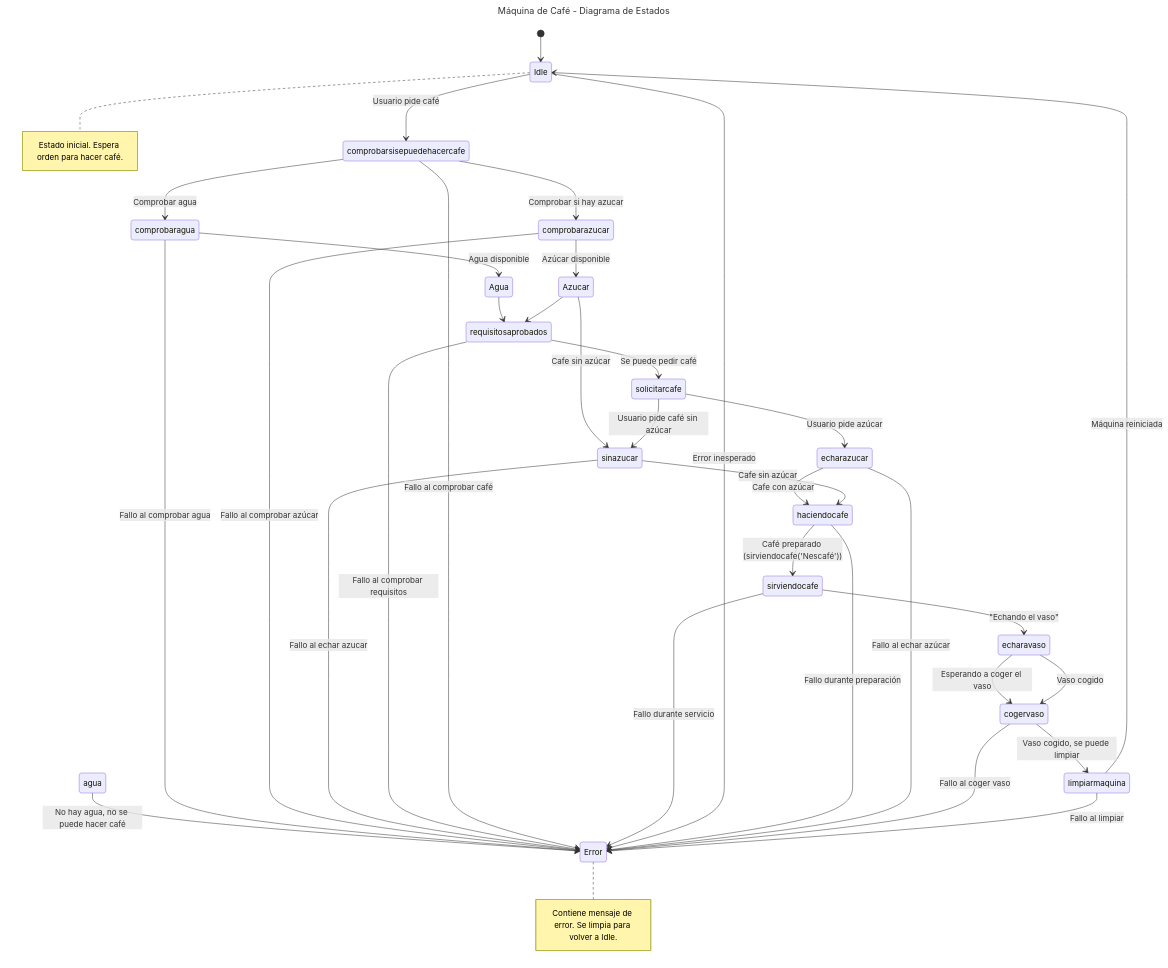
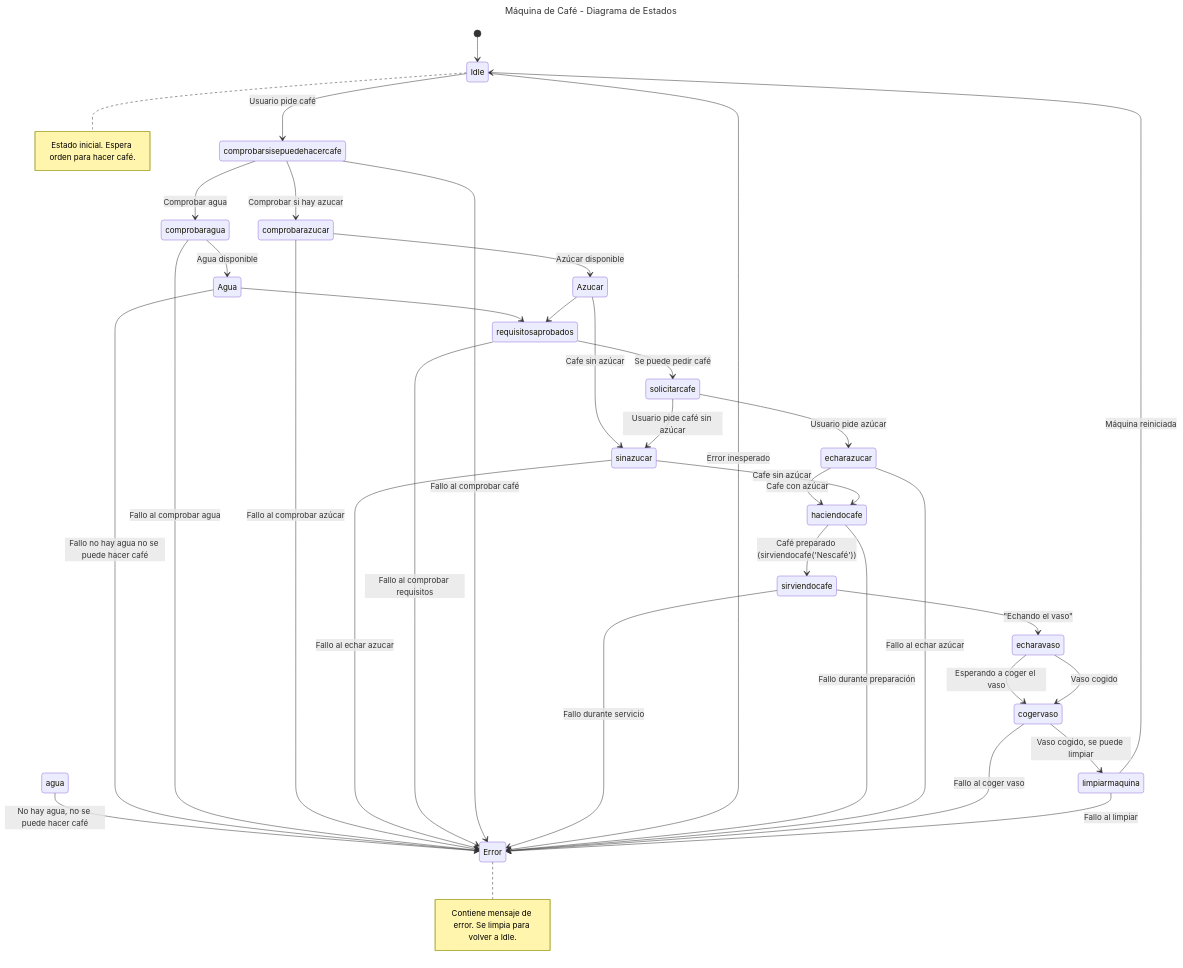
Before and after one commit to shermidagre/PMDM: the diagram in 1trabajo/src/diagrama.mmd, drawn with Mermaid.

Commit message:
random para probar

```diff
--- a/1trabajo/src/diagrama.mmd
+++ b/1trabajo/src/diagrama.mmd
@@ -1,44 +1,45 @@
 ---
 title: Máquina de Café - Diagrama de Estados
 ---
 stateDiagram-v2
 [*] --> Idle
 Idle --> comprobarsisepuedehacercafe: Usuario pide café
 
 comprobarsisepuedehacercafe --> comprobaragua: Comprobar agua
 agua --> Error : No hay agua, no se puede hacer café
 comprobaragua --> Agua: Agua disponible
 Agua --> requisitosaprobados
+Agua --> Error : Fallo no hay agua no se puede hacer café
 comprobaragua --> Error: Fallo al comprobar agua
 
 comprobarsisepuedehacercafe --> comprobarazucar : Comprobar si hay azucar
 comprobarazucar --> Azucar: Azúcar disponible
 comprobarazucar --> Error : Fallo al comprobar azúcar
 Azucar --> requisitosaprobados
 
 Azucar --> sinazucar: Cafe sin azúcar
 sinazucar --> Error : Fallo al echar azucar
 
 requisitosaprobados --> solicitarcafe: Se puede pedir café
 requisitosaprobados --> Error: Fallo al comprobar requisitos
 
 comprobarsisepuedehacercafe --> Error: Fallo al comprobar café
 solicitarcafe --> echarazucar: Usuario pide azúcar
 solicitarcafe --> sinazucar: Usuario pide café sin azúcar
 echarazucar --> haciendocafe: Cafe con azúcar
 sinazucar --> haciendocafe: Cafe sin azúcar
 
 haciendocafe --> sirviendocafe: Café preparado (sirviendocafe('Nescafé'))
 sirviendocafe --> Error: Fallo durante servicio
 Idle --> Error: Error inesperado
 haciendocafe --> Error: Fallo durante preparación
 echarazucar --> Error: Fallo al echar azúcar
 sirviendocafe --> echaravaso: "Echando el vaso"
 echaravaso --> cogervaso: Esperando a coger el vaso
 cogervaso --> Error: Fallo al coger vaso
 echaravaso --> cogervaso: Vaso cogido
 cogervaso --> limpiarmaquina:  Vaso cogido, se puede limpiar
 limpiarmaquina --> Idle: Máquina reiniciada
 limpiarmaquina --> Error: Fallo al limpiar
 note right of Idle: Estado inicial. Espera orden para hacer café.
 note right of Error: Contiene mensaje de error. Se limpia para volver a Idle.
```
